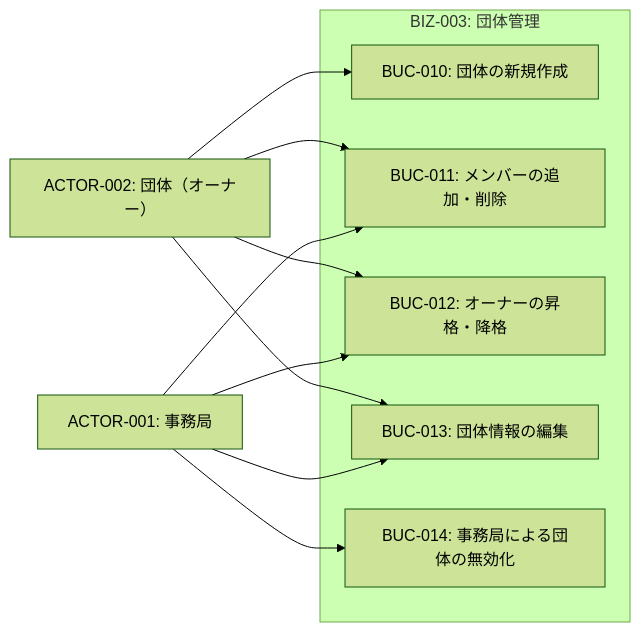
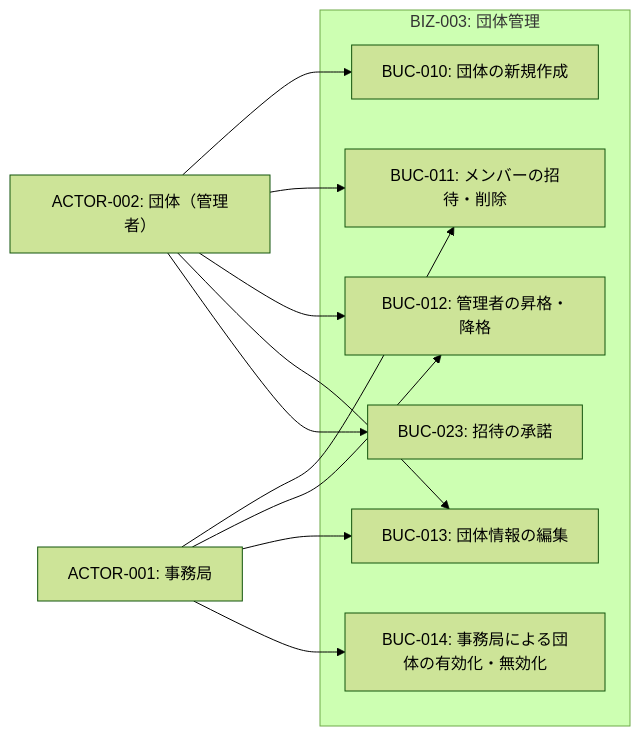
One commit to gdsc-osaka/iclub-reserve changed the first of 3 diagrams in rdra/contexts/group-management.md. Above: the diagram before and after it, drawn with Mermaid (forest theme). The commit also changed other lines of this file and 10 other files, not shown here.

````diff
--- a/rdra/contexts/group-management.md
+++ b/rdra/contexts/group-management.md
@@ -129,22 +161,24 @@
 ```mermaid
 graph LR
     actor1["ACTOR-001: 事務局"]
-    actor2["ACTOR-002: 団体（オーナー）"]
+    actor2["ACTOR-002: 団体（管理者）"]
 
     subgraph biz3["BIZ-003: 団体管理"]
         buc10["BUC-010: 団体の新規作成"]
-        buc11["BUC-011: メンバーの追加・削除"]
-        buc12["BUC-012: オーナーの昇格・降格"]
+        buc11["BUC-011: メンバーの招待・削除"]
+        buc12["BUC-012: 管理者の昇格・降格"]
         buc13["BUC-013: 団体情報の編集"]
-        buc14["BUC-014: 事務局による団体の無効化"]
+        buc14["BUC-014: 事務局による団体の有効化・無効化"]
+        buc23["BUC-023: 招待の承諾"]
     end
 
     actor2 --> buc10
     actor2 --> buc11
     actor2 --> buc12
     actor2 --> buc13
+    actor2 --> buc23
     actor1 --> buc11
     actor1 --> buc12
     actor1 --> buc13
     actor1 --> buc14
 ```
````
